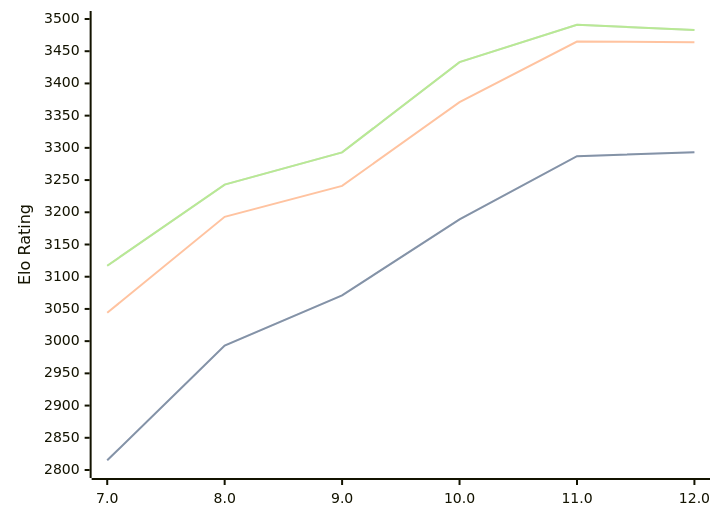
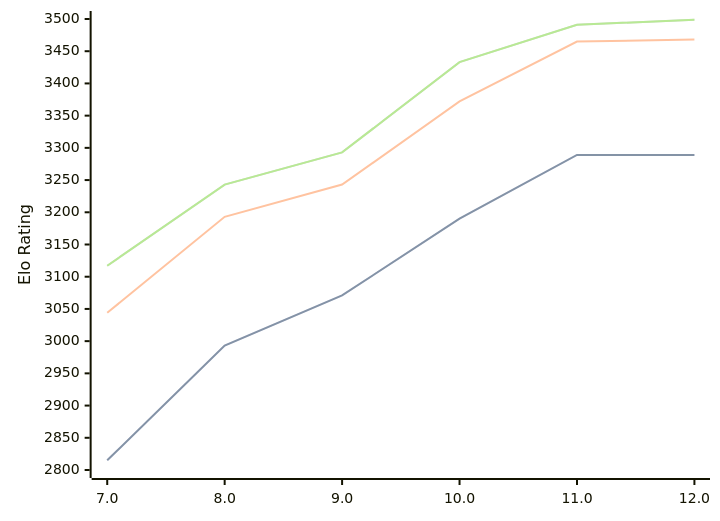
The diagram in engines/Tcheran.md (computer-chess-index/cci), drawn with Mermaid before and after one commit. The commit also changed other lines of this file, not shown here.

Commit message:
Update CCI Ratings (ELO VLTC) - 2026-05-13

````diff
--- a/engines/Tcheran.md
+++ b/engines/Tcheran.md
@@ -50,11 +50,11 @@
 ```mermaid
 %%{init: {"theme":"base","themeVariables":{"seriesColors:['#a3a3a3','#222221','#faa371']}}}%%
 xychart-beta
   x-axis ["7.0", "8.0", "9.0", "10.0", "11.0", "12.0"]
   y-axis "Elo Rating" 2800 --> 3500
-  line "STC (8.0+0.08s)" [2815, 2993, 3071, 3189, 3287, 3293]
-  line "STC (8.0+0.08s)" [2815, 2993, 3071, 3189, 3287, 3293]
-  line "LTC (60.0+0.60s)" [3044, 3193, 3241, 3371, 3465, 3464]
-  line "VLTC (2m24s+1.12s)" [3117, 3243, 3293, 3433, 3491, 3483]
-  line "VLTC (2m24s+1.12s)" [3117, 3243, 3293, 3433, 3491, 3483]
+  line "STC (8.0+0.08s)" [2815, 2993, 3071, 3190, 3289, 3289]
+  line "STC (8.0+0.08s)" [2815, 2993, 3071, 3190, 3289, 3289]
+  line "LTC (60.0+0.60s)" [3044, 3193, 3243, 3372, 3465, 3468]
+  line "VLTC (2m24s+1.12s)" [3117, 3243, 3293, 3433, 3491, 3499]
+  line "VLTC (2m24s+1.12s)" [3117, 3243, 3293, 3433, 3491, 3499]
 ```
````
